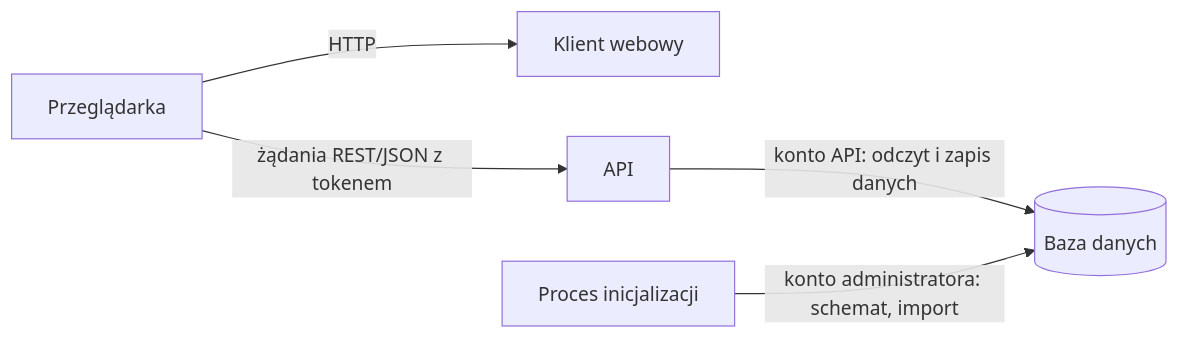
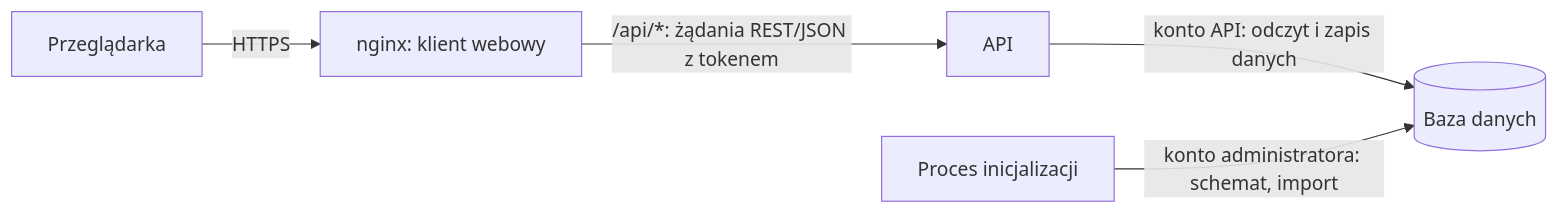
One commit to brua11a/eng-final changed the first of 3 diagrams in praca/brudnopis/Rozdział 3/Projekt systemu.md. Above: the diagram before and after it, drawn with Mermaid. The commit also changed other lines of this file and 62 other files, not shown here.

````diff
--- a/praca/brudnopis/Rozdział 3/Projekt systemu.md
+++ b/praca/brudnopis/Rozdział 3/Projekt systemu.md
@@ -5,7 +5,7 @@
 ```mermaid
 flowchart LR
-    P[Przeglądarka] -- HTTP --> K[Klient webowy]
-    P -- "żądania REST/JSON z tokenem" --> A[API]
+    P[Przeglądarka] -- HTTPS --> N[nginx: klient webowy]
+    N -- "/api/*: żądania REST/JSON z tokenem" --> A[API]
     A -- "konto API: odczyt i zapis danych" --> D[(Baza danych)]
     I[Proces inicjalizacji] -- "konto administratora: schemat, import" --> D
 ```
````
